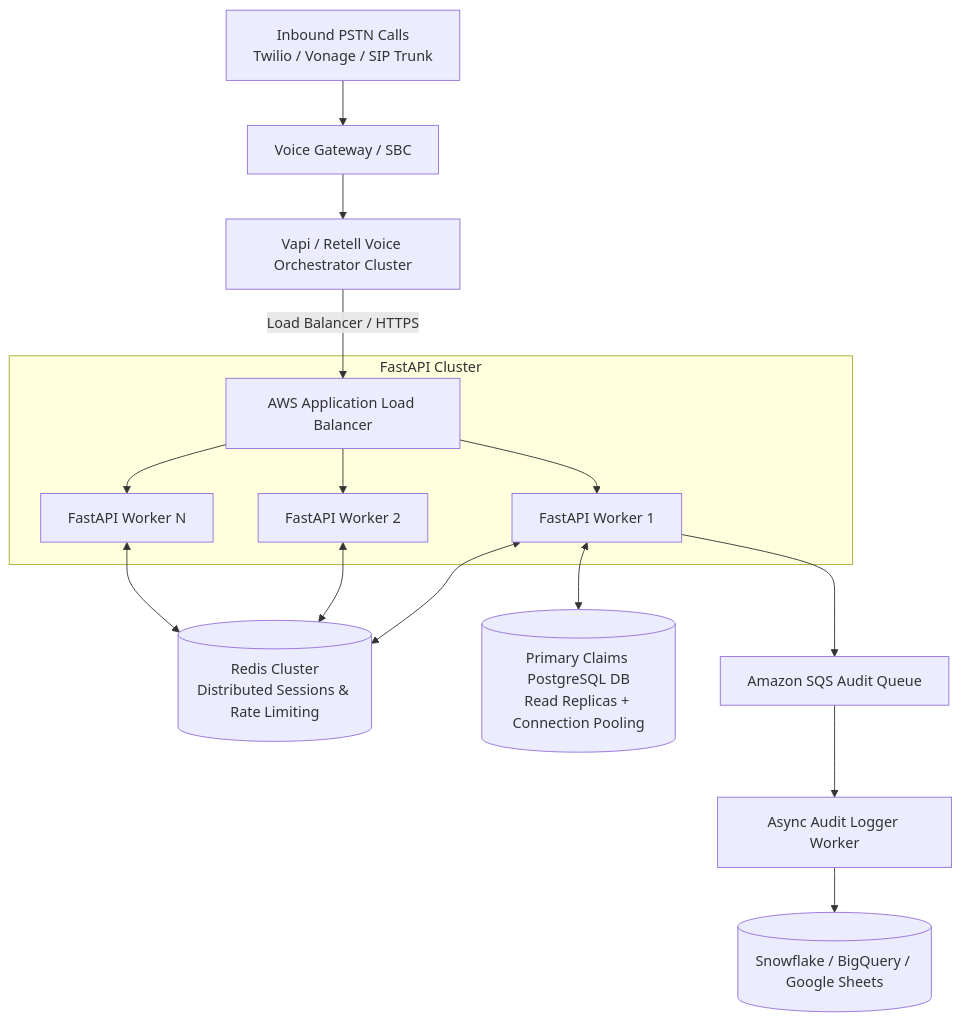
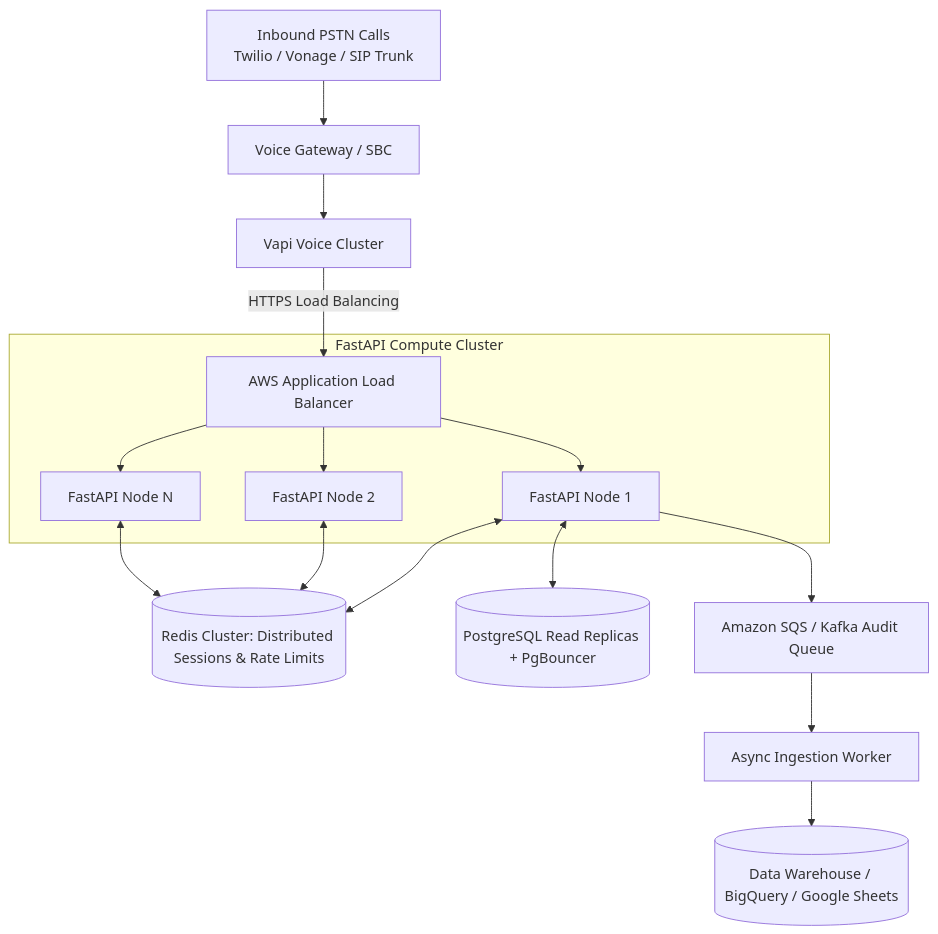
Before and after one commit to uds822/voice-ai-claims-assistant: the fourth of 4 diagrams in SYSTEM_DESIGN_AND_INTERVIEW_GUIDE.md, drawn with Mermaid. The commit also changed other lines of this file, not shown here.

````diff
--- a/SYSTEM_DESIGN_AND_INTERVIEW_GUIDE.md
+++ b/SYSTEM_DESIGN_AND_INTERVIEW_GUIDE.md
@@ -240,22 +298,22 @@
 ```mermaid
 flowchart TD
     PSTN[Inbound PSTN Calls\nTwilio / Vonage / SIP Trunk] --> Gateway[Voice Gateway / SBC]
-    Gateway --> VapiCluster[Vapi / Retell Voice Orchestrator Cluster]
-    VapiCluster -->|Load Balancer / HTTPS| ALB[AWS Application Load Balancer]
+    Gateway --> VapiCluster[Vapi Voice Cluster]
+    VapiCluster -->|HTTPS Load Balancing| ALB[AWS Application Load Balancer]
     
-    subgraph FastAPI Cluster
-        ALB --> API1[FastAPI Worker 1]
-        ALB --> API2[FastAPI Worker 2]
-        ALB --> API3[FastAPI Worker N]
+    subgraph FastAPI Compute Cluster
+        ALB --> API1[FastAPI Node 1]
+        ALB --> API2[FastAPI Node 2]
+        ALB --> API3[FastAPI Node N]
     end
     
-    API1 <--> Redis[(Redis Cluster\nDistributed Sessions & Rate Limiting)]
+    API1 <--> Redis[(Redis Cluster: Distributed Sessions & Rate Limits)]
     API2 <--> Redis
     API3 <--> Redis
     
-    API1 <--> ClaimsDB[(Primary Claims PostgreSQL DB\nRead Replicas + Connection Pooling)]
+    API1 <--> DB[(PostgreSQL Read Replicas + PgBouncer)]
     
-    API1 --> SQS[Amazon SQS Audit Queue]
-    SQS --> Worker[Async Audit Logger Worker]
-    Worker --> DataWarehouse[(Snowflake / BigQuery / Google Sheets)]
+    API1 --> SQS[Amazon SQS / Kafka Audit Queue]
+    SQS --> Worker[Async Ingestion Worker]
+    Worker --> DW[(Data Warehouse / BigQuery / Google Sheets)]
 ```
````
